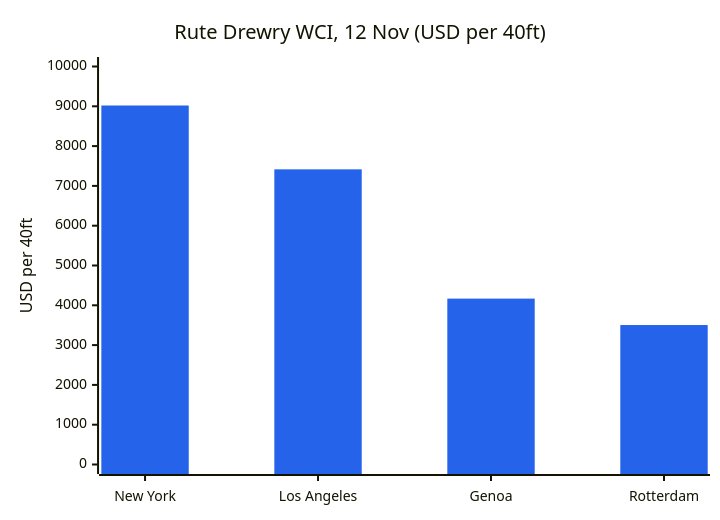
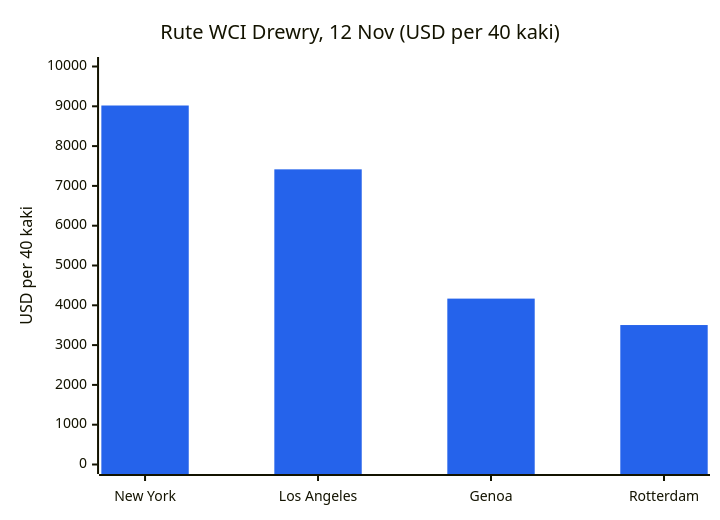
The seventh of 13 diagrams in Global-Trade-Intelligence-weekly-2026-11-16/index.id.md (dureach/research), drawn with Mermaid before and after one commit. The commit also changed other lines of this file and 5 other files, not shown here.

````diff
--- a/Global-Trade-Intelligence-weekly-2026-11-16/index.id.md
+++ b/Global-Trade-Intelligence-weekly-2026-11-16/index.id.md
@@ -462,8 +462,8 @@
 ```mermaid
 %%{init: {'theme': 'base', 'themeVariables': {'xyChart': {'plotColorPalette': '#2563eb'}}}}%%
 xychart-beta
-    title "Rute Drewry WCI, 12 Nov (USD per 40ft)"
+    title "Rute WCI Drewry, 12 Nov (USD per 40 kaki)"
     x-axis ["New York", "Los Angeles", "Genoa", "Rotterdam"]
-    y-axis "USD per 40ft" 0 --> 10000
+    y-axis "USD per 40 kaki" 0 --> 10000
     bar [9020, 7416, 4168, 3504]
 ```
````
